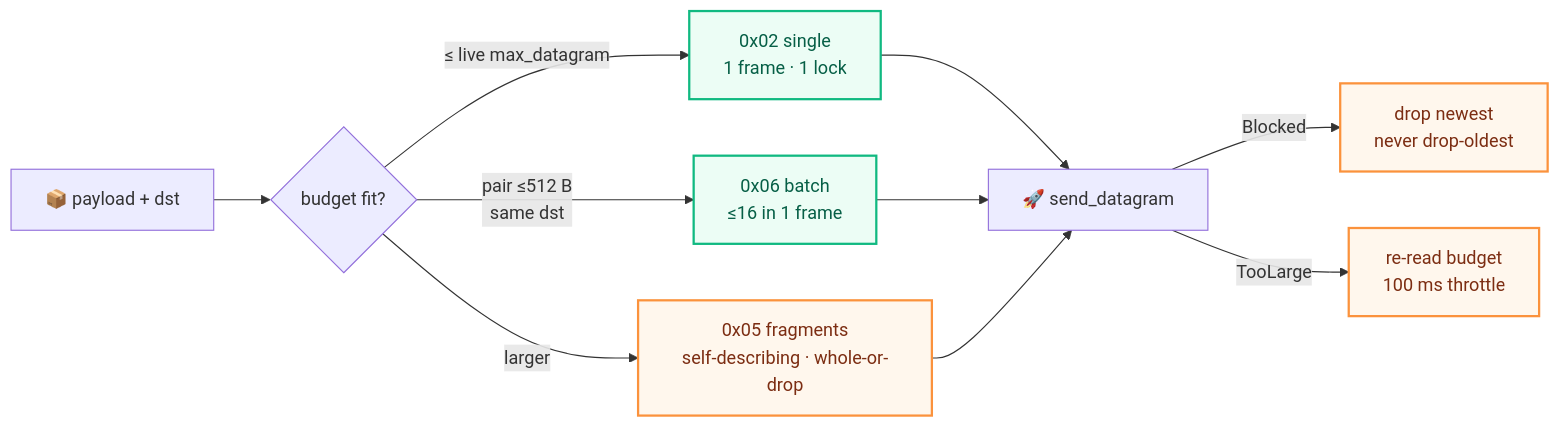
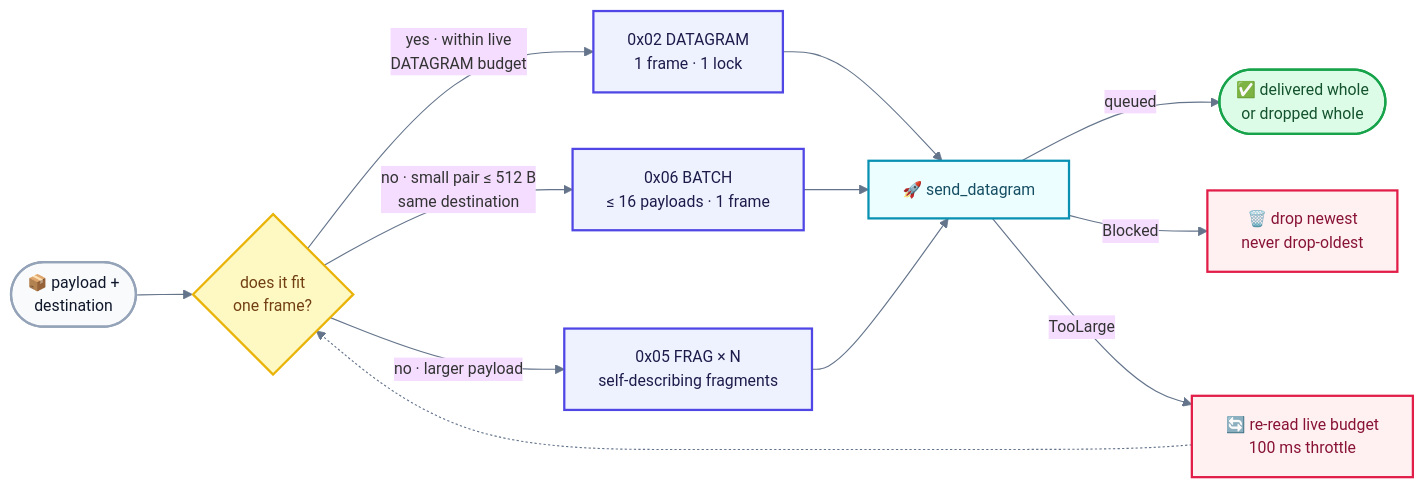
The sixth of 8 diagrams in README.md (Terutoki/MyQUIC2), drawn with Mermaid before and after one commit. The commit also changed other lines of this file, not shown here.

````diff
--- a/README.md
+++ b/README.md
@@ -239,17 +316,26 @@
 ```mermaid
+%%{init: {"theme":"base","themeVariables":{"fontSize":"14px","lineColor":"#64748b"}}}%%
 flowchart LR
-    P["📦 payload + dst"] --> C{budget fit?}
-    C -->|≤ live max_datagram| S["0x02 single<br/>1 frame · 1 lock"]
-    C -->|pair ≤512 B<br/>same dst| B["0x06 batch<br/>≤16 in 1 frame"]
-    C -->|larger| F["0x05 fragments<br/>self-describing · whole-or-drop"]
-    S --> Q["🚀 send_datagram"]
-    B --> Q
-    F --> Q
-    Q -->|Blocked| D["drop newest<br/>never drop-oldest"]
-    Q -->|TooLarge| R["re-read budget<br/>100 ms throttle"]
-
-    classDef ok fill:#ecfdf5,stroke:#10b981,stroke-width:2px,color:#065f46
-    classDef warn fill:#fff7ed,stroke:#fb923c,stroke-width:2px,color:#7c2d12
-    class S,B ok
-    class F,D,R warn
+    P(["📦 payload +<br/>destination"]) --> Q{"does it fit<br/>one frame?"}
+    Q -->|"yes · within live<br/>DATAGRAM budget"| S["0x02 DATAGRAM<br/>1 frame · 1 lock"]
+    Q -->|"no · small pair ≤ 512 B<br/>same destination"| B["0x06 BATCH<br/>≤ 16 payloads · 1 frame"]
+    Q -->|"no · larger payload"| F["0x05 FRAG × N<br/>self-describing fragments"]
+    S --> SEND["🚀 send_datagram"]
+    B --> SEND
+    F --> SEND
+    SEND -->|"queued"| OK(["✅ delivered whole<br/>or dropped whole"])
+    SEND -->|"Blocked"| DROP["🗑️ drop newest<br/>never drop-oldest"]
+    SEND -->|"TooLarge"| RE["🔄 re-read live budget<br/>100 ms throttle"]
+    RE -.-> Q
+    style P fill:#f8fafc,stroke:#94a3b8,stroke-width:2px,color:#0f172a
+    classDef decision fill:#fef9c3,stroke:#eab308,stroke-width:2px,color:#713f12
+    classDef frame fill:#eef2ff,stroke:#4f46e5,stroke-width:2px,color:#1e1b4b
+    classDef send fill:#ecfeff,stroke:#0891b2,stroke-width:2px,color:#164e63
+    classDef ok fill:#dcfce7,stroke:#16a34a,stroke-width:2px,color:#14532d
+    classDef warn fill:#fff1f2,stroke:#e11d48,stroke-width:2px,color:#881337
+    class Q decision
+    class S,B,F frame
+    class SEND send
+    class OK ok
+    class DROP,RE warn
 ```
````
